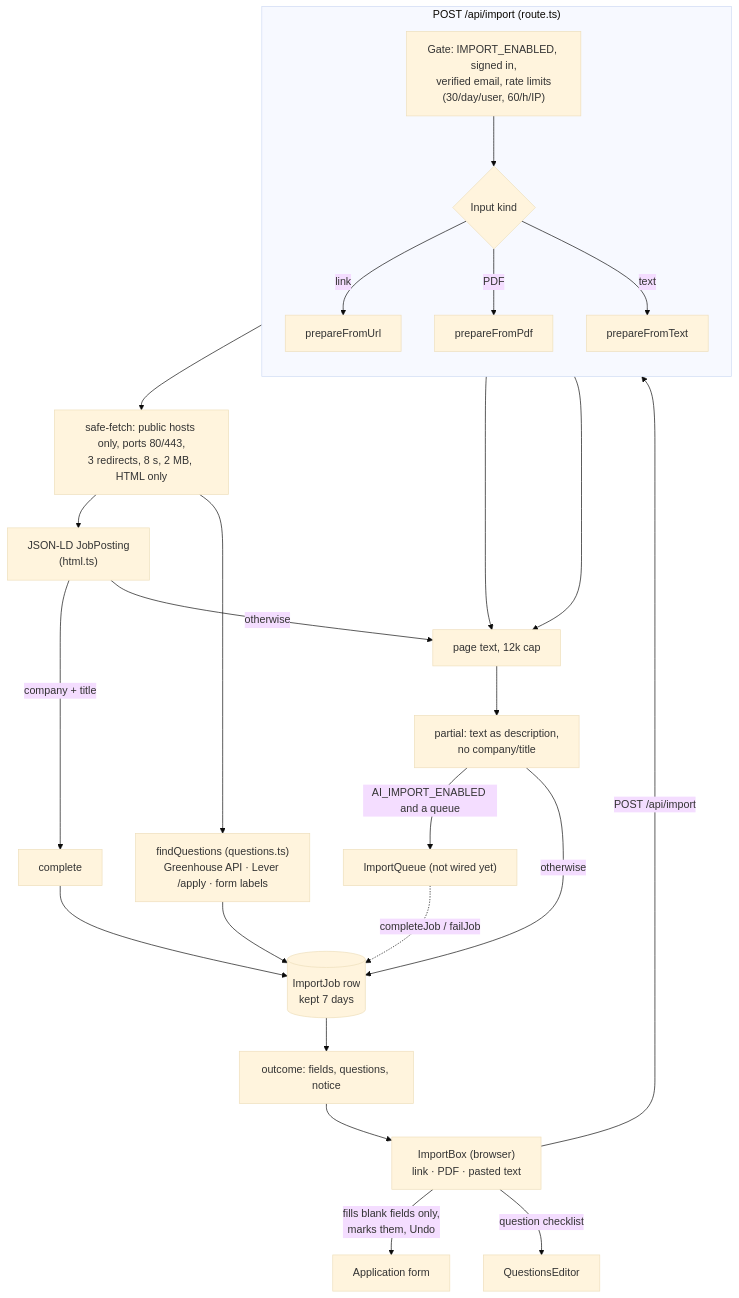
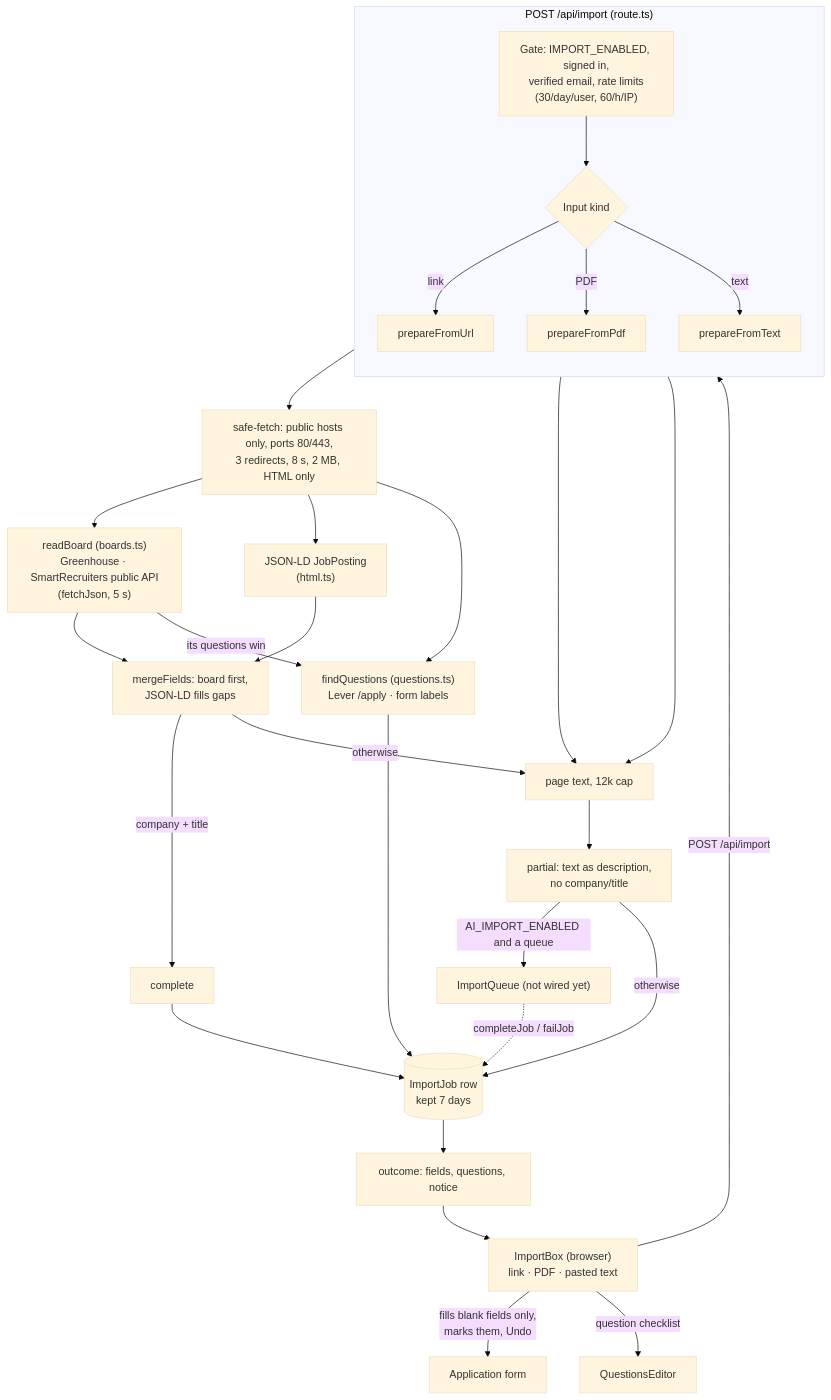
The fourth of 4 diagrams in docs/import-architecture.md (ssamkough/job-apps), drawn with Mermaid (base theme) before and after one commit. The commit also changed other lines of this file and 5 other files, not shown here.

First line of the commit message:
Importer: read Greenhouse and SmartRecruiters postings from their public APIs so company, title, location and a clean description come through without JSON-LD.

````diff
--- a/docs/import-architecture.md
+++ b/docs/import-architecture.md
@@ -155,33 +155,37 @@
 ```mermaid
 flowchart TD
     UI["ImportBox (browser)<br/>link · PDF · pasted text"] -->|POST /api/import| API
 
     subgraph API["POST /api/import (route.ts)"]
         direction TB
         G["Gate: IMPORT_ENABLED, signed in,<br/>verified email, rate limits<br/>(30/day/user, 60/h/IP)"]
         G --> K{Input kind}
         K -->|link| PU["prepareFromUrl"]
         K -->|PDF| PP["prepareFromPdf"]
         K -->|text| PT["prepareFromText"]
     end
 
     PU --> SF["safe-fetch: public hosts only, ports 80/443,<br/>3 redirects, 8 s, 2 MB, HTML only"]
+    SF --> BA["readBoard (boards.ts)<br/>Greenhouse · SmartRecruiters public API<br/>(fetchJson, 5 s)"]
     SF --> LD["JSON-LD JobPosting<br/>(html.ts)"]
-    SF --> Q["findQuestions (questions.ts)<br/>Greenhouse API · Lever /apply · form labels"]
-    LD -->|company + title| COMPLETE["complete"]
-    LD -->|otherwise| TXT["page text, 12k cap"]
+    BA --> M["mergeFields: board first,<br/>JSON-LD fills gaps"]
+    LD --> M
+    SF --> Q["findQuestions (questions.ts)<br/>Lever /apply · form labels"]
+    BA -->|its questions win| Q
+    M -->|company + title| COMPLETE["complete"]
+    M -->|otherwise| TXT["page text, 12k cap"]
     PP --> TXT
     PT --> TXT
     TXT --> PARTIAL["partial: text as description,<br/>no company/title"]
 
     COMPLETE --> JOB[("ImportJob row<br/>kept 7 days")]
     PARTIAL -->|AI_IMPORT_ENABLED and a queue| QUEUE["ImportQueue (not wired yet)"]
     PARTIAL -->|otherwise| JOB
     QUEUE -.->|"completeJob / failJob"| JOB
     Q --> JOB
 
     JOB --> OUT["outcome: fields, questions, notice"]
     OUT --> UI
     UI -->|"fills blank fields only,<br/>marks them, Undo"| FORM["Application form"]
     UI -->|"question checklist"| QE["QuestionsEditor"]
 ```
````
